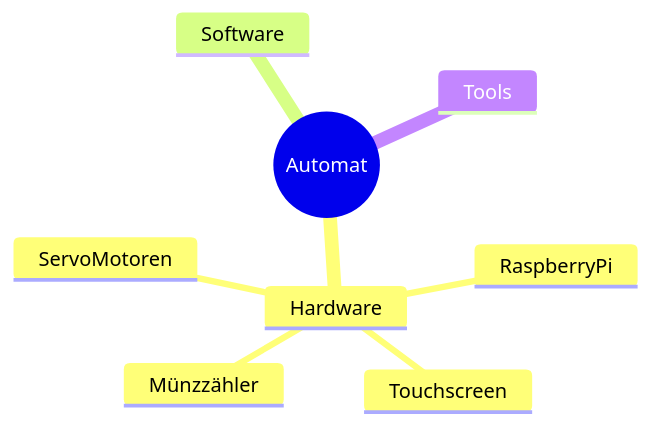
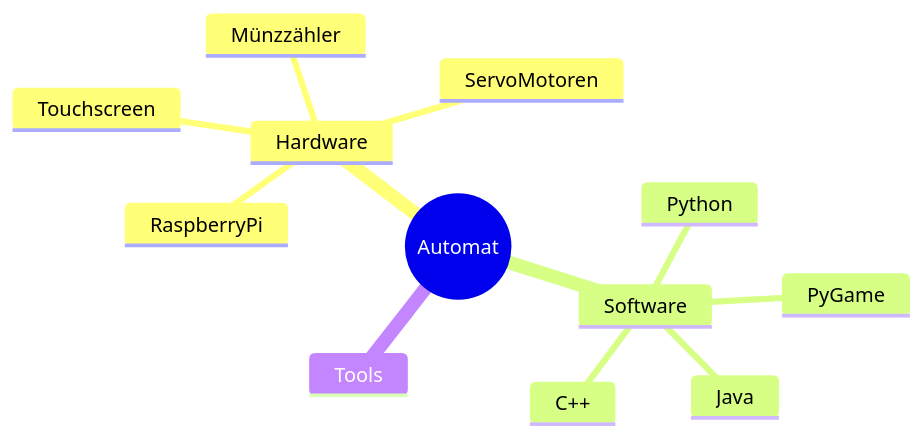
Before and after one commit to Darabrob/Projekt_Automat: the diagram in README.md, drawn with Mermaid.

````diff
--- a/README.md
+++ b/README.md
@@ -3,12 +3,16 @@
 ```mermaid
 mindmap
   root((Automat))
     Hardware
       RaspberryPi
       Touchscreen
       Münzzähler
       ServoMotoren
     Software
+      Python
+      PyGame
+      Java
+      C++
     Tools
       
 ```
````
